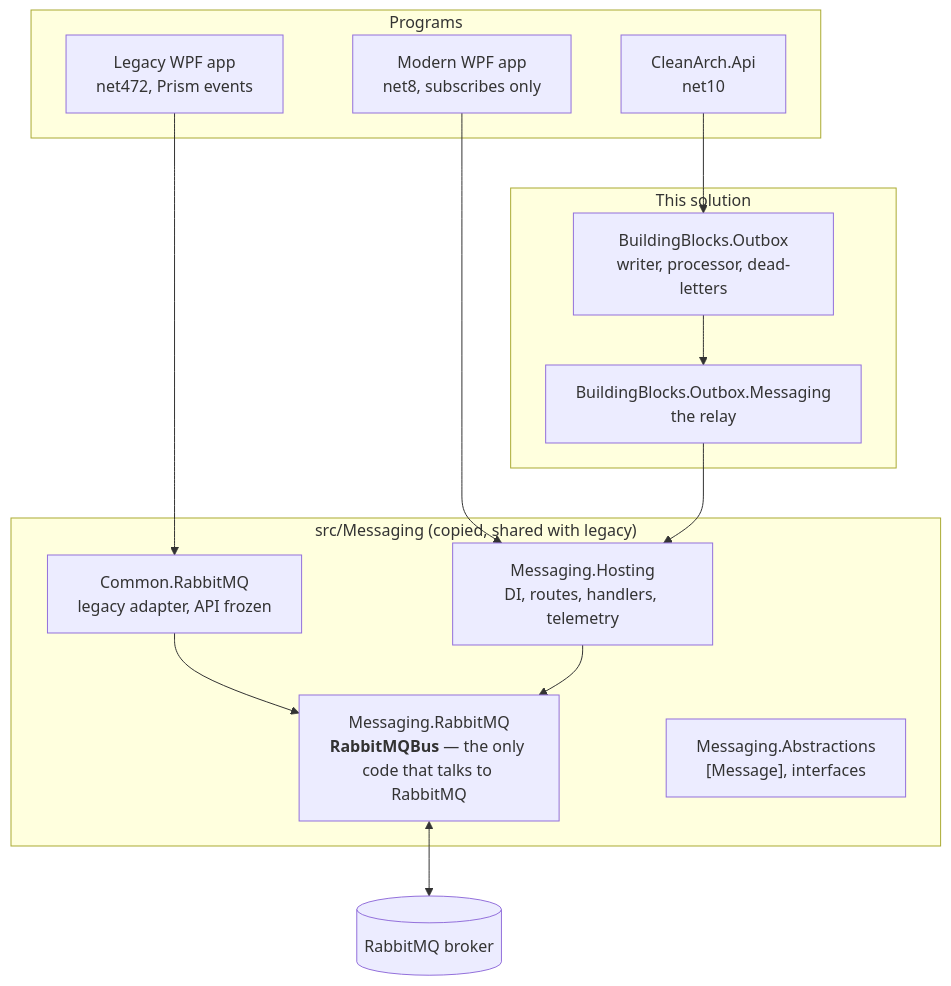
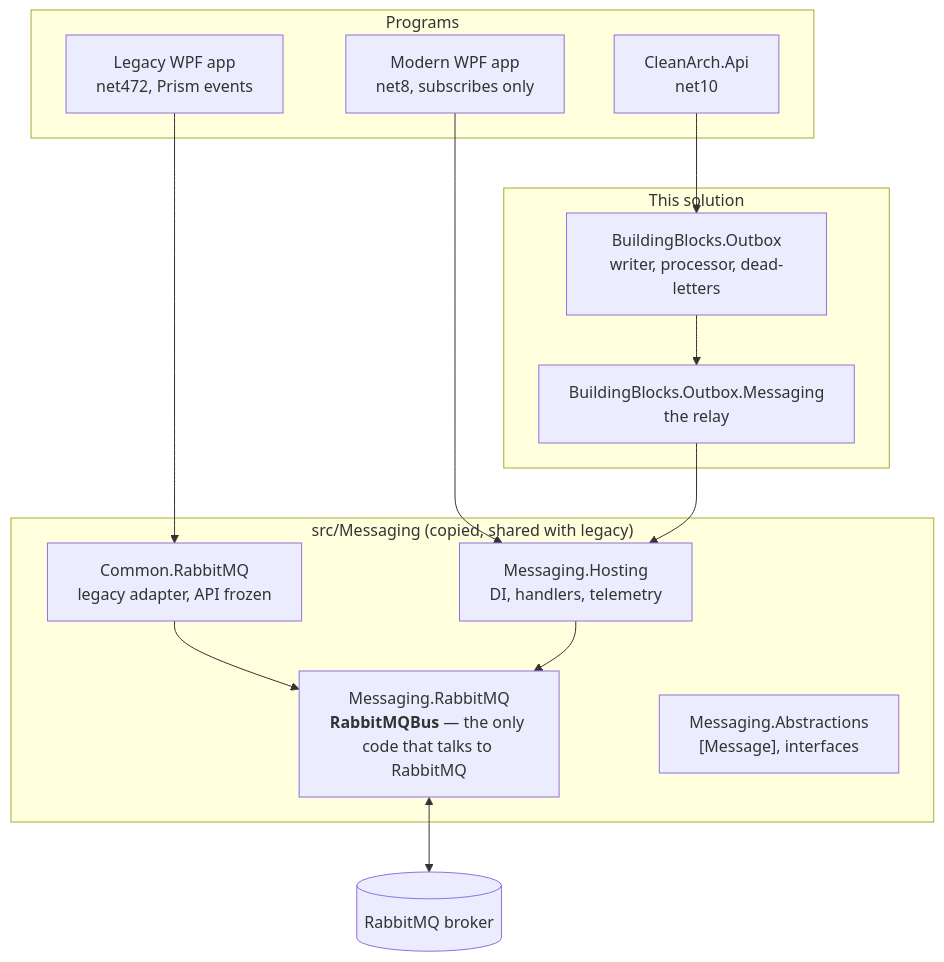
The first of 2 diagrams in tutorials/67-messaging-with-rabbitmq.md (ncowine/CleanArchitecture), drawn with Mermaid before and after one commit. The commit also changed other lines of this file and 22 other files, not shown here.

First line of the commit message:
refactor(messaging): drop Route<T>() and pick handlers up from an assembly

````diff
--- a/tutorials/67-messaging-with-rabbitmq.md
+++ b/tutorials/67-messaging-with-rabbitmq.md
@@ -157,23 +157,23 @@
 ```mermaid
 flowchart TB
     subgraph Apps["Programs"]
         L["Legacy WPF app<br/>net472, Prism events"]
         W["Modern WPF app<br/>net8, subscribes only"]
         A["CleanArch.Api<br/>net10"]
     end
     subgraph Ours["This solution"]
         OB["BuildingBlocks.Outbox<br/>writer, processor, dead-letters"]
         OBM["BuildingBlocks.Outbox.Messaging<br/>the relay"]
     end
     subgraph Msg["src/Messaging (copied, shared with legacy)"]
         AD["Common.RabbitMQ<br/>legacy adapter, API frozen"]
-        H["Messaging.Hosting<br/>DI, routes, handlers, telemetry"]
+        H["Messaging.Hosting<br/>DI, handlers, telemetry"]
         E["Messaging.RabbitMQ<br/><b>RabbitMQBus</b> — the only code that talks to RabbitMQ"]
         AB["Messaging.Abstractions<br/>[Message], interfaces"]
     end
     B[("RabbitMQ broker")]
     L --> AD --> E
     W --> H --> E
     A --> OB --> OBM --> H
     E <--> B
 ```
````
